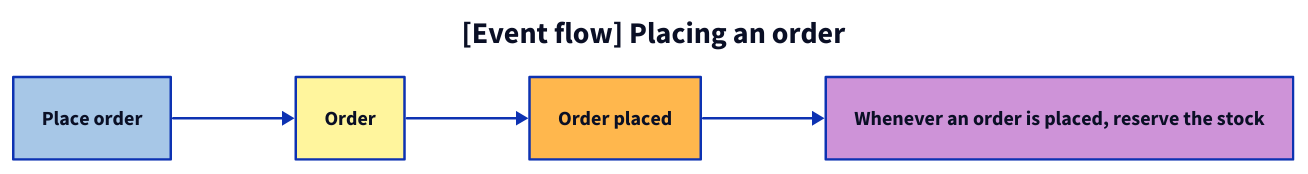
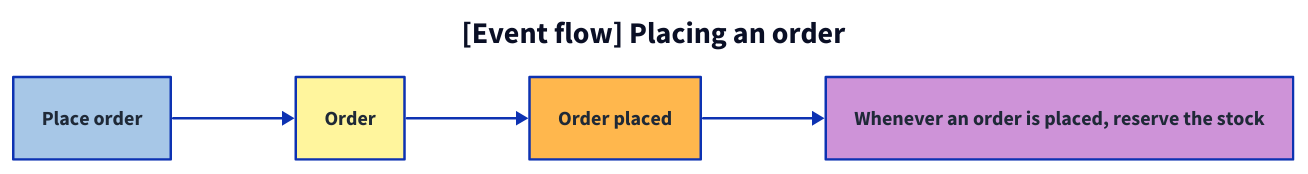
Before and after one commit to ATkingma/KingmaDoc: the ninth of 10 diagrams in skill/explaining-code/reference/models.md, drawn with D2. The commit also changed other lines of this file and 10 other files, not shown here.

````diff
--- a/skill/explaining-code/reference/models.md
+++ b/skill/explaining-code/reference/models.md
@@ -264,17 +264,17 @@
 ```d2
 title: "[Event flow] Placing an order" {shape: text; near: top-center; style: {font-size: 24; bold: true}}
 direction: right
 vars: {
   d2-legend: {
-    c: Command {style.fill: "#a7c7e7"}
-    a: Aggregate {style.fill: "#fff59d"}
-    e: Domain event {style.fill: "#ffb74d"}
-    p: Policy {style.fill: "#ce93d8"}
+    c: Command {style: {fill: "#a7c7e7"; font-color: "#1f2937"}}
+    a: Aggregate {style: {fill: "#fff59d"; font-color: "#1f2937"}}
+    e: Domain event {style: {fill: "#ffb74d"; font-color: "#1f2937"}}
+    p: Policy {style: {fill: "#ce93d8"; font-color: "#1f2937"}}
   }
 }
-place: Place order {style.fill: "#a7c7e7"}
-order: Order {style.fill: "#fff59d"}
-placed: Order placed {style.fill: "#ffb74d"}
-reserve: "Whenever an order is placed, reserve the stock" {style.fill: "#ce93d8"}
+place: Place order {style: {fill: "#a7c7e7"; font-color: "#1f2937"}}
+order: Order {style: {fill: "#fff59d"; font-color: "#1f2937"}}
+placed: Order placed {style: {fill: "#ffb74d"; font-color: "#1f2937"}}
+reserve: "Whenever an order is placed, reserve the stock" {style: {fill: "#ce93d8"; font-color: "#1f2937"}}
 place -> order -> placed -> reserve
 ```
````
